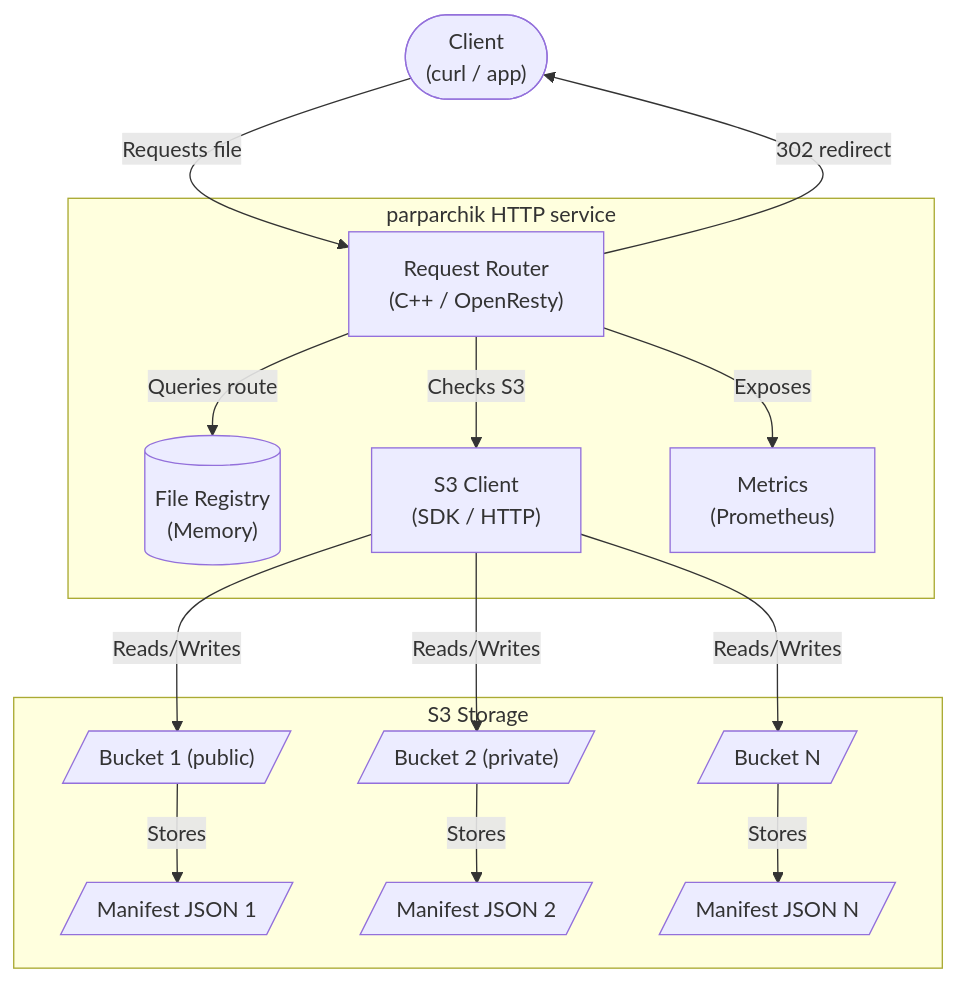
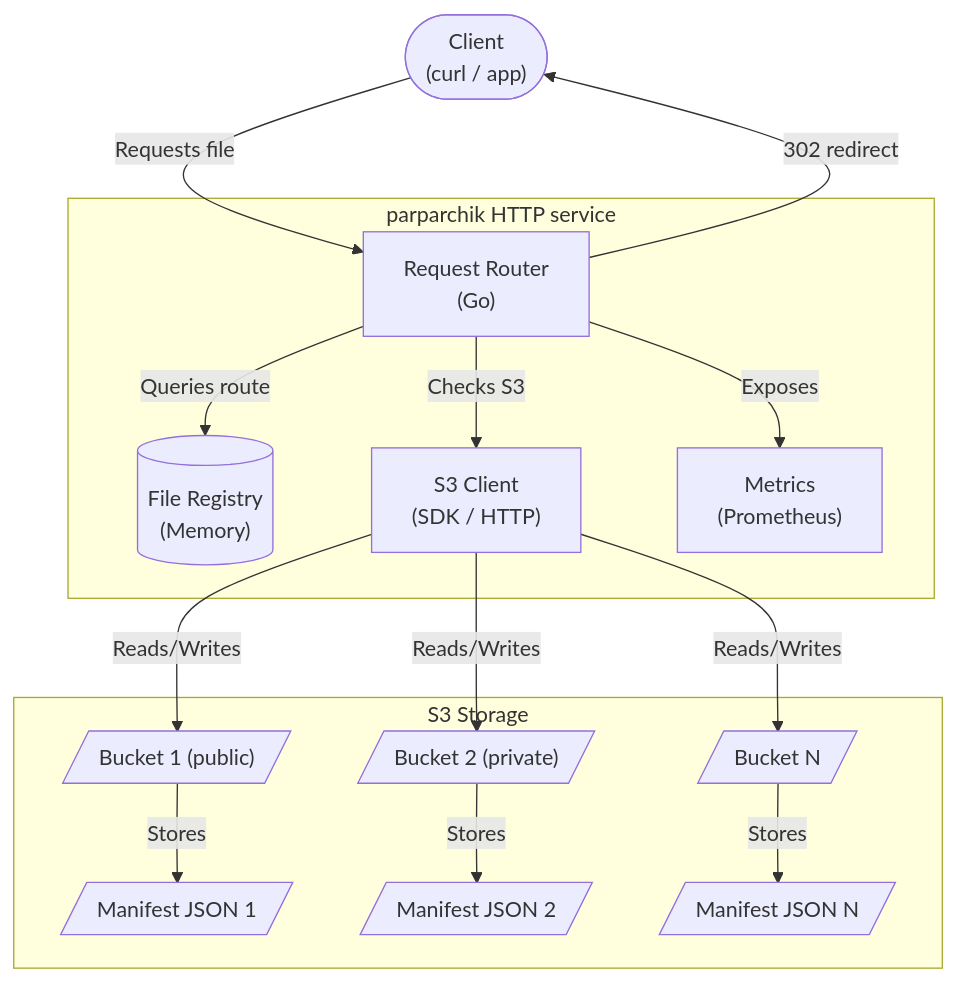
The first of 3 diagrams in docs/index.md (rachlenko/parparchik), drawn with Mermaid before and after one commit. The commit also changed other lines of this file and 45 other files, not shown here.

````diff
--- a/docs/index.md
+++ b/docs/index.md
@@ -31,36 +35,36 @@
 ```mermaid
 flowchart TD
     client(["Client<br/>(curl / app)"])
     
     subgraph Service["parparchik HTTP service"]
-        router["Request Router<br/>(C++ / OpenResty)"]
+        router["Request Router<br/>(Go)"]
         registry[("File Registry<br/>(Memory)")]
         s3client["S3 Client<br/>(SDK / HTTP)"]
         prom["Metrics<br/>(Prometheus)"]
         
         router -- "Queries route" --> registry
         router -- "Checks S3" --> s3client
         router -- "Exposes" --> prom
     end
     
     subgraph S3["S3 Storage"]
         bucket1[/"Bucket 1 (public)"/]
         bucket2[/"Bucket 2 (private)"/]
         bucketN[/"Bucket N"/]
         
         manifest1[/"Manifest JSON 1"/]
         manifest2[/"Manifest JSON 2"/]
         manifestN[/"Manifest JSON N"/]
         
         bucket1 -- "Stores" --> manifest1
         bucket2 -- "Stores" --> manifest2
         bucketN -- "Stores" --> manifestN
     end
     
     client -- "Requests file" --> router
     s3client -- "Reads/Writes" --> bucket1
     s3client -- "Reads/Writes" --> bucket2
     s3client -- "Reads/Writes" --> bucketN
     
     router -- "302 redirect" --> client
 ```
````
